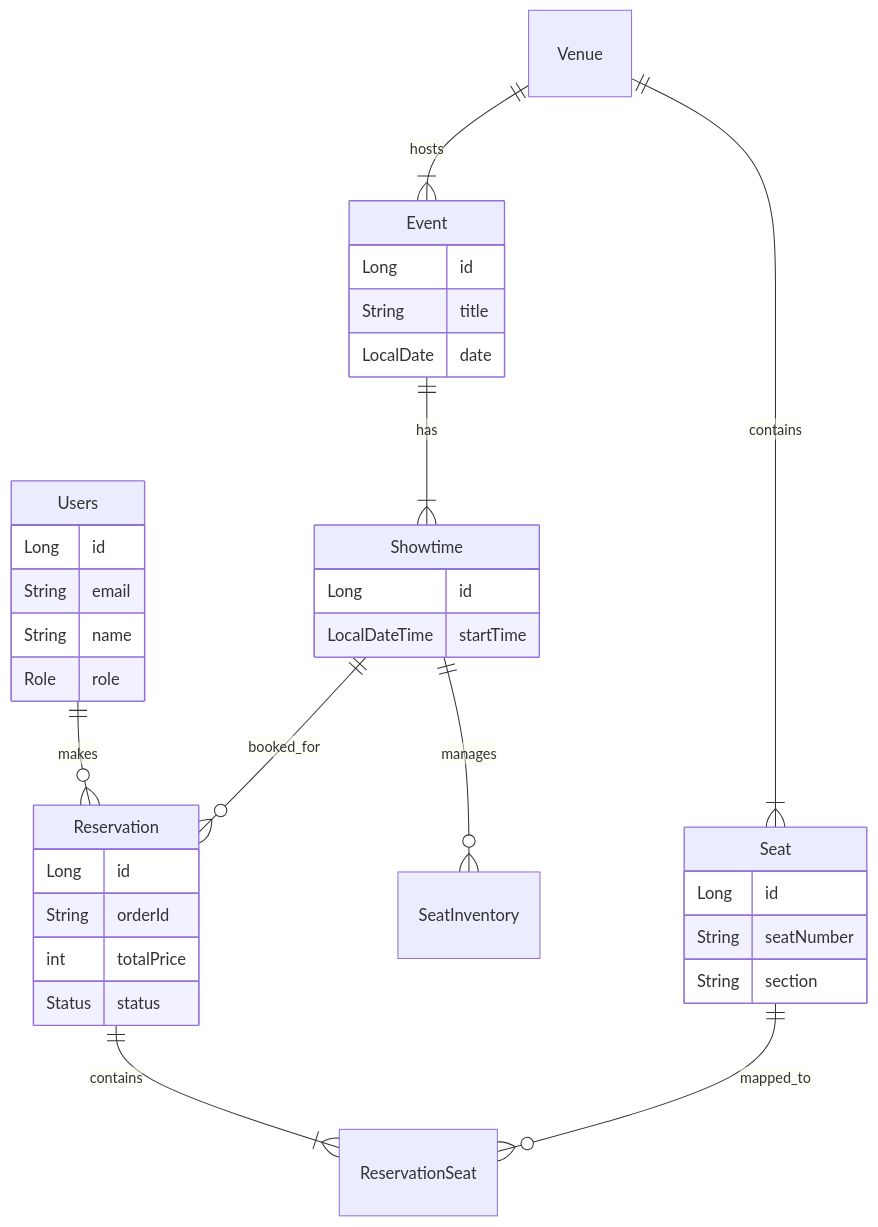
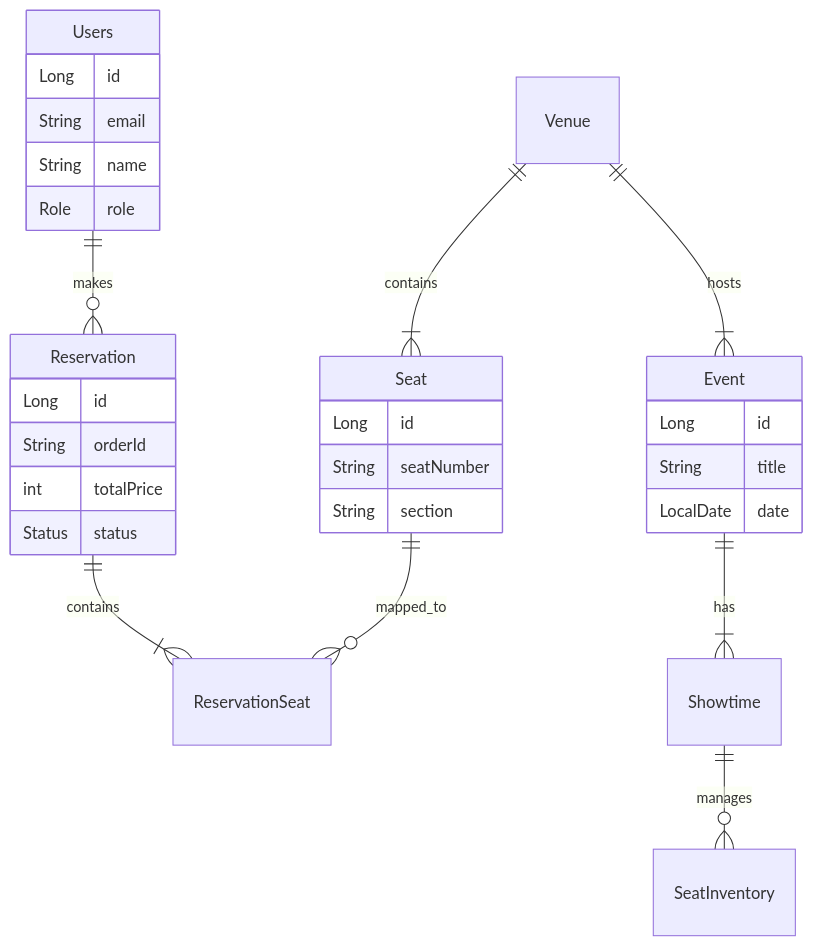
One commit to Sssss-Mmm/practice-shop changed the second of 2 diagrams in README.md. Above: the diagram before and after it, drawn with Mermaid. The commit also changed other lines of this file, not shown here.

````diff
--- a/README.md
+++ b/README.md
@@ -127,43 +142,37 @@
 ```mermaid
 erDiagram
     Users ||--o{ Reservation : makes
     Users {
         Long id
         String email
         String name
         Role role
     }
 
     Reservation ||--|{ ReservationSeat : contains
     Reservation {
         Long id
         String orderId
         int totalPrice
         Status status
     }
 
     Event ||--|{ Showtime : has
     Event {
         Long id
         String title
         LocalDate date
     }
 
-    Showtime ||--o{ Reservation : booked_for
-    Showtime {
-        Long id
-        LocalDateTime startTime
-    }
-
     Showtime ||--o{ SeatInventory : manages
     
     Venue ||--|{ Event : hosts
     Venue ||--|{ Seat : contains
     
     Seat ||--o{ ReservationSeat : mapped_to
     Seat {
         Long id
         String seatNumber
         String section
     }
 ```
````
